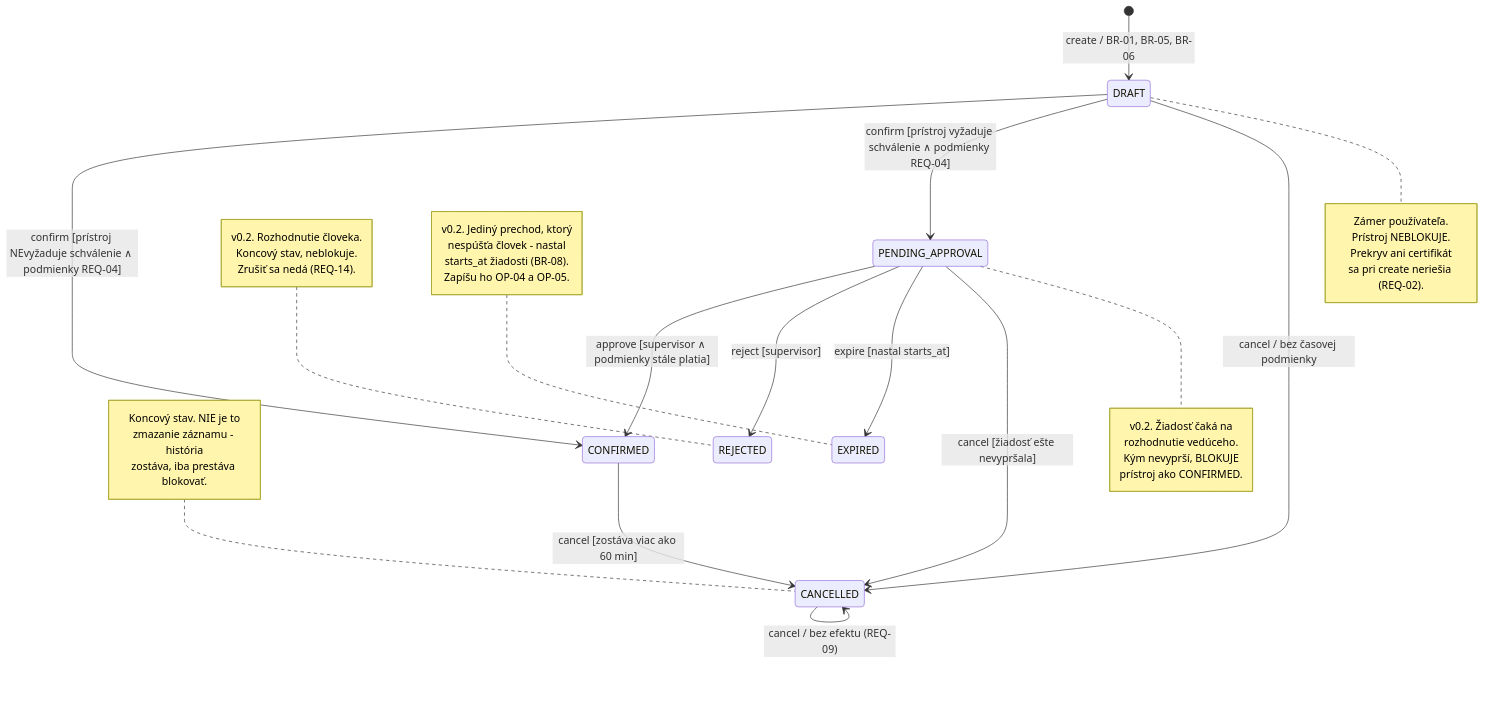
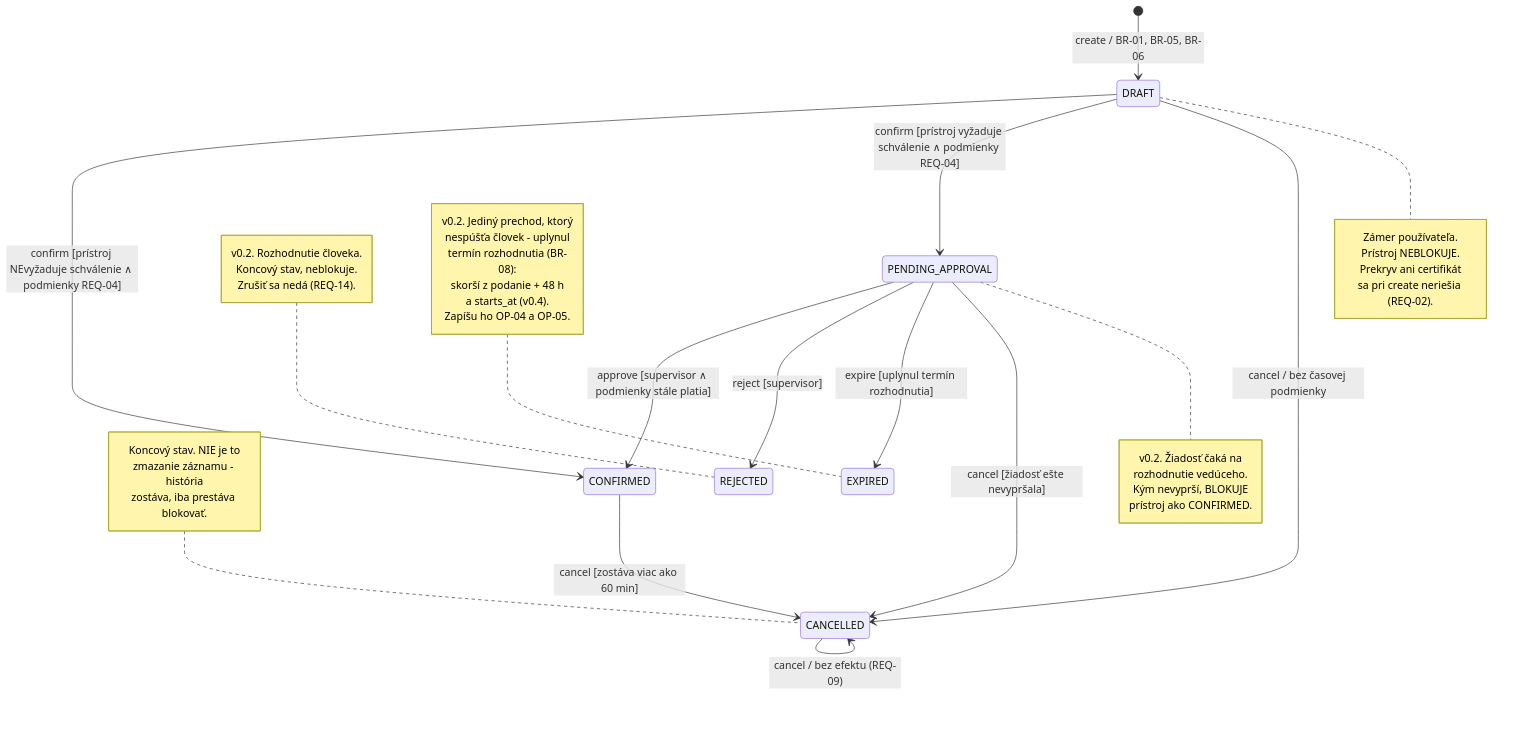
The second of 7 diagrams in docs/diagrams.md (thspowered/SWI-LAB), drawn with Mermaid before and after one commit. The commit also changed other lines of this file and 2 other files, not shown here.

````diff
--- a/docs/diagrams.md
+++ b/docs/diagrams.md
@@ -78,49 +82,51 @@
 ```mermaid
 stateDiagram-v2
     [*] --> DRAFT : create / BR-01, BR-05, BR-06
 
     DRAFT --> CONFIRMED : confirm [prístroj NEvyžaduje schválenie ∧ podmienky REQ-04]
     DRAFT --> PENDING_APPROVAL : confirm [prístroj vyžaduje schválenie ∧ podmienky REQ-04]
     DRAFT --> CANCELLED : cancel / bez časovej podmienky
 
     PENDING_APPROVAL --> CONFIRMED : approve [supervisor ∧ podmienky stále platia]
     PENDING_APPROVAL --> REJECTED : reject [supervisor]
-    PENDING_APPROVAL --> EXPIRED : expire [nastal starts_at]
+    PENDING_APPROVAL --> EXPIRED : expire [uplynul termín rozhodnutia]
     PENDING_APPROVAL --> CANCELLED : cancel [žiadosť ešte nevypršala]
 
     CONFIRMED --> CANCELLED : cancel [zostáva viac ako 60 min]
     CANCELLED --> CANCELLED : cancel / bez efektu (REQ-09)
 
     note right of DRAFT
         Zámer používateľa.
         Prístroj NEBLOKUJE.
         Prekryv ani certifikát
         sa pri create neriešia (REQ-02).
     end note
 
     note right of PENDING_APPROVAL
         v0.2. Žiadosť čaká na
         rozhodnutie vedúceho.
         Kým nevyprší, BLOKUJE
         prístroj ako CONFIRMED.
     end note
 
     note left of REJECTED
         v0.2. Rozhodnutie človeka.
         Koncový stav, neblokuje.
         Zrušiť sa nedá (REQ-14).
     end note
 
     note left of EXPIRED
         v0.2. Jediný prechod, ktorý
-        nespúšťa človek - nastal
-        starts_at žiadosti (BR-08).
+        nespúšťa človek - uplynul
+        termín rozhodnutia (BR-08):
+        skorší z podanie + 48 h
+        a starts_at (v0.4).
         Zapíšu ho OP-04 a OP-05.
     end note
 
     note left of CANCELLED
         Koncový stav. NIE je to
         zmazanie záznamu - história
         zostáva, iba prestáva blokovať.
     end note
 ```
````
